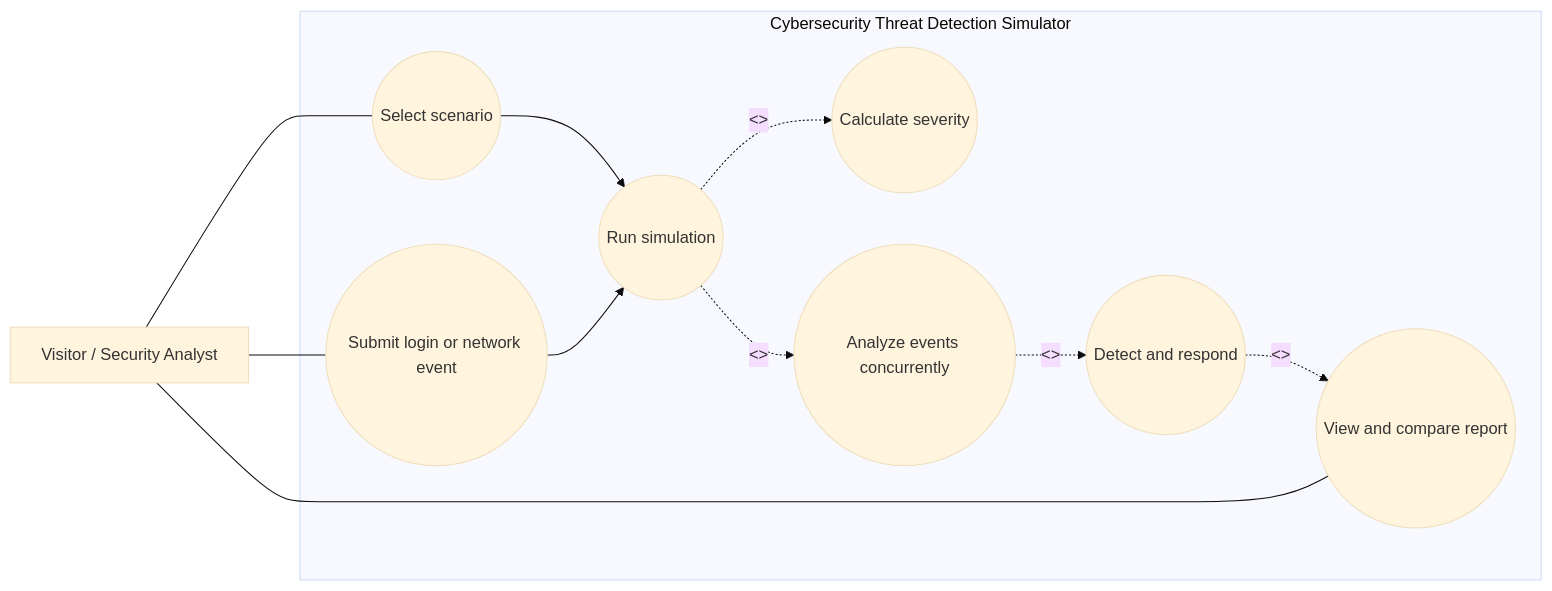
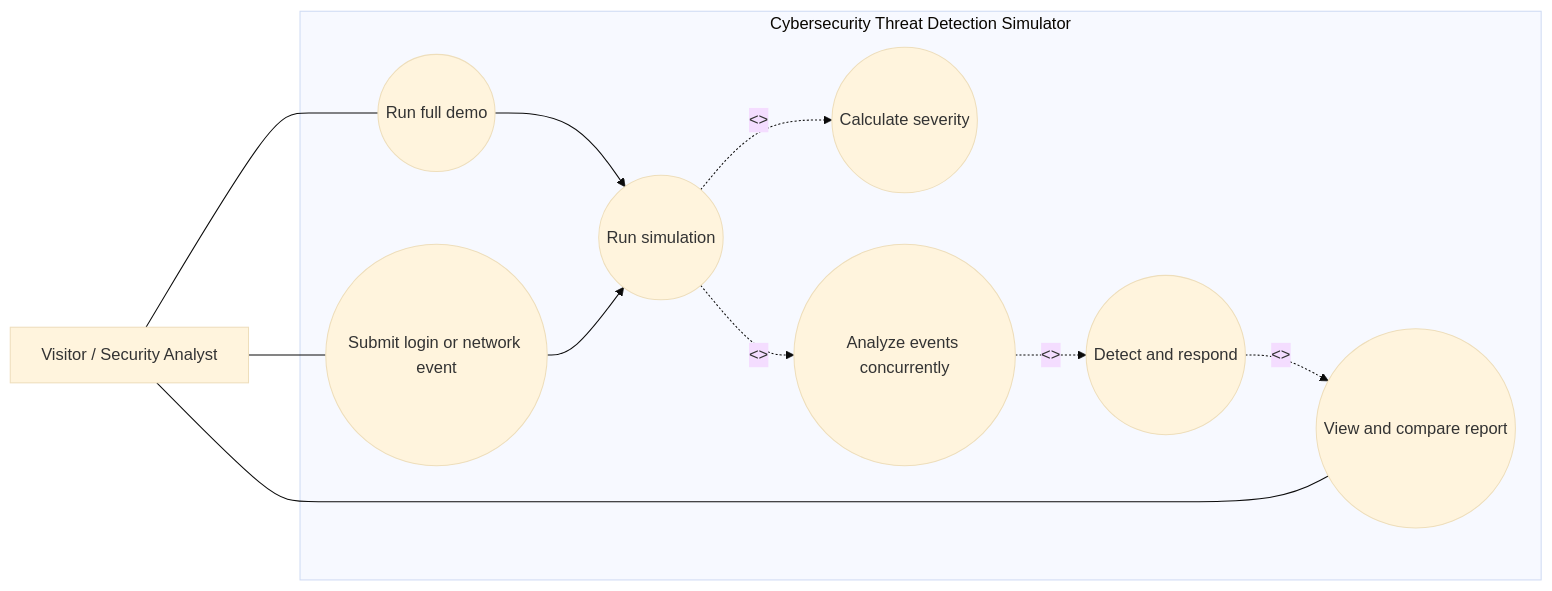
One commit to jaitak2121-spec/CybersecurityThreatdetector changed the diagram in usercasediagram.mmd. Above: the diagram before and after it, drawn with Mermaid (base theme). The commit also changed 9 other files, not shown here.

Commit message:
Isolate portal risk from full demo

```diff
--- a/usercasediagram.mmd
+++ b/usercasediagram.mmd
@@ -1,23 +1,23 @@
 flowchart LR
     USER["Visitor / Security Analyst"]
 
     subgraph SYSTEM["Cybersecurity Threat Detection Simulator"]
-        SELECT(("Select scenario"))
+        SELECT(("Run full demo"))
         SUBMIT(("Submit login or network event"))
         RUN(("Run simulation"))
         SCORE(("Calculate severity"))
         ANALYZE(("Analyze events concurrently"))
         RESPOND(("Detect and respond"))
         VIEW(("View and compare report"))
 
         SELECT --> RUN
         SUBMIT --> RUN
         RUN -. "<<include>>" .-> SCORE
         RUN -. "<<include>>" .-> ANALYZE
         ANALYZE -. "<<include>>" .-> RESPOND
         RESPOND -. "<<include>>" .-> VIEW
     end
 
     USER --- SELECT
     USER --- SUBMIT
     USER --- VIEW
```
